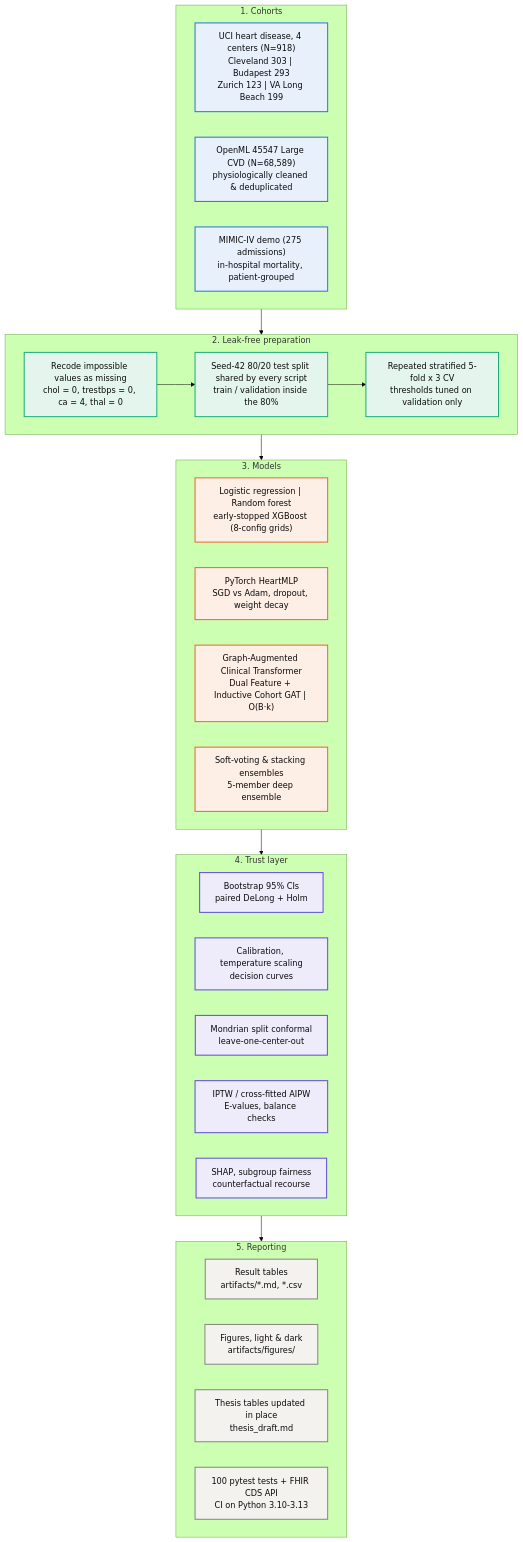
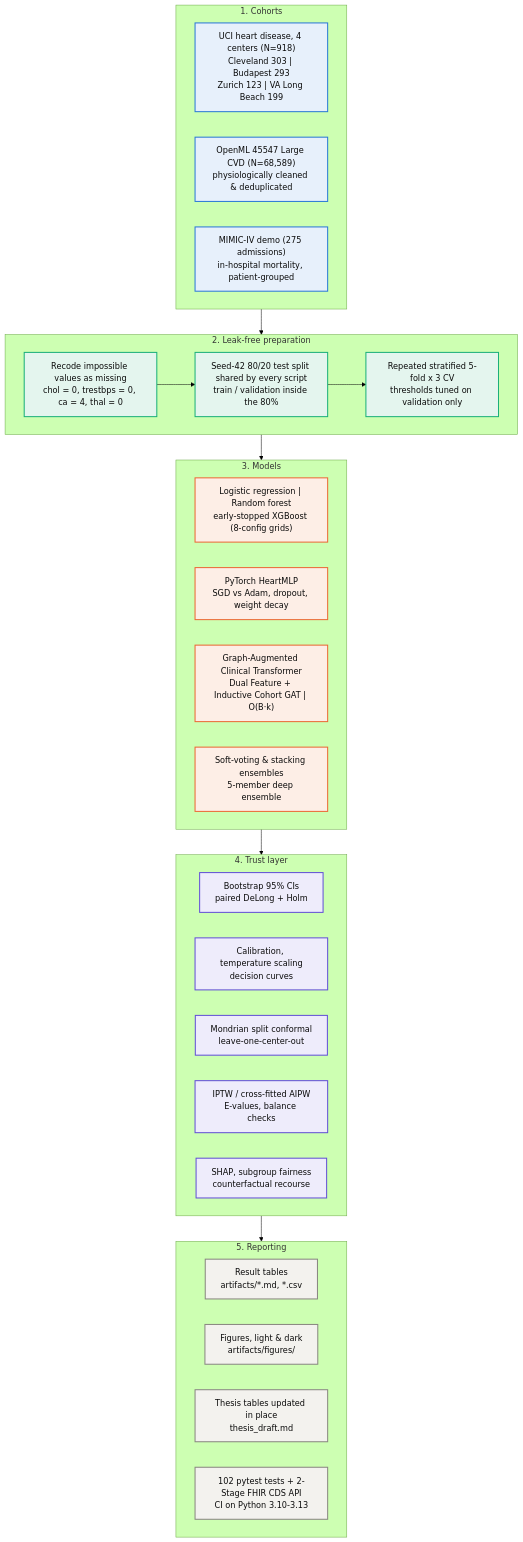
Before and after one commit to YahyaLendani/heart-disease-clinical-ml: the diagram in README.md, drawn with Mermaid (forest theme). The commit also changed other lines of this file and 14 other files, not shown here.

Commit message:
Upgrade to CDS v3: PLR+UniMP GAT-T, 5-fold OOF 3-paradigm ensemble, and Stage-2 Cardiology Workup (0.918 AUC)

````diff
--- a/README.md
+++ b/README.md
@@ -76,50 +76,50 @@
 ```mermaid
 flowchart TB
     classDef data fill:#e7f0fb,stroke:#2a78d6,stroke-width:2px,color:#0b0b0b
     classDef prep fill:#e4f5ee,stroke:#1baf7a,stroke-width:2px,color:#0b0b0b
     classDef model fill:#fdeee6,stroke:#eb6834,stroke-width:2px,color:#0b0b0b
     classDef trust fill:#eeecfb,stroke:#6250d6,stroke-width:2px,color:#0b0b0b
     classDef out fill:#f3f2ee,stroke:#898781,stroke-width:2px,color:#0b0b0b
 
     subgraph Data["1. Cohorts"]
         direction LR
         A1["UCI heart disease, 4 centers (N=918)<br/>Cleveland 303 | Budapest 293<br/>Zurich 123 | VA Long Beach 199"]:::data
         A2["OpenML 45547 Large CVD (N=68,589)<br/>physiologically cleaned & deduplicated"]:::data
         A3["MIMIC-IV demo (275 admissions)<br/>in-hospital mortality, patient-grouped"]:::data
     end
 
     subgraph Prep["2. Leak-free preparation"]
         direction LR
         B1["Recode impossible values as missing<br/>chol = 0, trestbps = 0, ca = 4, thal = 0"]:::prep
         B2["Seed-42 80/20 test split shared by every script<br/>train / validation inside the 80%"]:::prep
         B3["Repeated stratified 5-fold x 3 CV<br/>thresholds tuned on validation only"]:::prep
         B1 --> B2 --> B3
     end
 
     subgraph Models["3. Models"]
         direction LR
         C1["Logistic regression | Random forest<br/>early-stopped XGBoost (8-config grids)"]:::model
         C2["PyTorch HeartMLP<br/>SGD vs Adam, dropout, weight decay"]:::model
         C3["Graph-Augmented Clinical Transformer<br/>Dual Feature + Inductive Cohort GAT | O(B·k)"]:::model
         C4["Soft-voting & stacking ensembles<br/>5-member deep ensemble"]:::model
     end
 
     subgraph Trust["4. Trust layer"]
         direction LR
         D1["Bootstrap 95% CIs<br/>paired DeLong + Holm"]:::trust
         D2["Calibration, temperature scaling<br/>decision curves"]:::trust
         D3["Mondrian split conformal<br/>leave-one-center-out"]:::trust
         D4["IPTW / cross-fitted AIPW<br/>E-values, balance checks"]:::trust
         D5["SHAP, subgroup fairness<br/>counterfactual recourse"]:::trust
     end
 
     subgraph Output["5. Reporting"]
         direction LR
         E1["Result tables<br/>artifacts/*.md, *.csv"]:::out
         E2["Figures, light & dark<br/>artifacts/figures/"]:::out
         E3["Thesis tables updated in place<br/>thesis_draft.md"]:::out
-        E4["100 pytest tests + FHIR CDS API<br/>CI on Python 3.10-3.13"]:::out
+        E4["102 pytest tests + 2-Stage FHIR CDS API<br/>CI on Python 3.10-3.13"]:::out
     end
 
     Data --> Prep --> Models --> Trust --> Output
 ```
````
